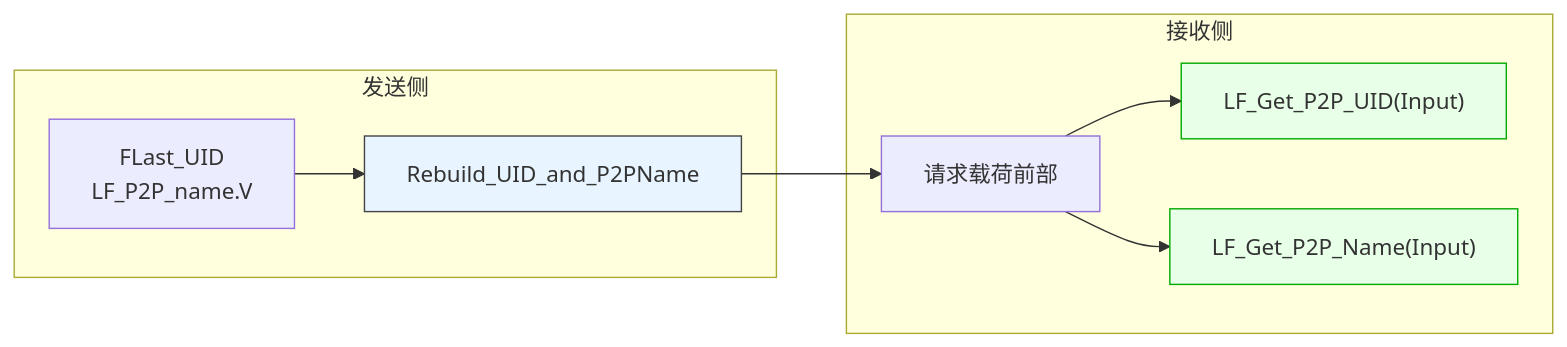
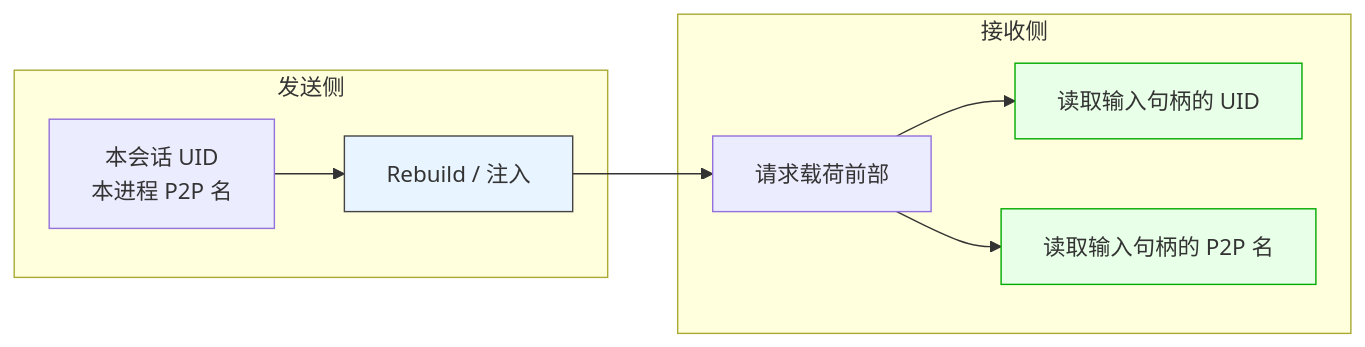
One commit to PassByYou888/LingoFuse changed the first of 3 diagrams in doc/LF_P2P_Identity.md. Above: the diagram before and after it, drawn with Mermaid. The commit also changed other lines of this file, not shown here.

````diff
--- a/doc/LF_P2P_Identity.md
+++ b/doc/LF_P2P_Identity.md
@@ -13,15 +13,15 @@
 ```mermaid
 flowchart LR
     subgraph Send["发送侧"]
-        A1["FLast_UID<br/>LF_P2P_name.V"] --> A2["Rebuild_UID_and_P2PName"]
+        A1["本会话 UID<br/>本进程 P2P 名"] --> A2["Rebuild / 注入"]
     end
     A2 --> B["请求载荷前部"]
     subgraph Recv["接收侧"]
-        B --> C1["LF_Get_P2P_UID(Input)"]
-        B --> C2["LF_Get_P2P_Name(Input)"]
+        B --> C1["读取输入句柄的 UID"]
+        B --> C2["读取输入句柄的 P2P 名"]
     end
 
     style A2 fill:#e8f4ff,stroke:#444
     style C1 fill:#e8ffe8,stroke:#0a0
     style C2 fill:#e8ffe8,stroke:#0a0
 ```
````
